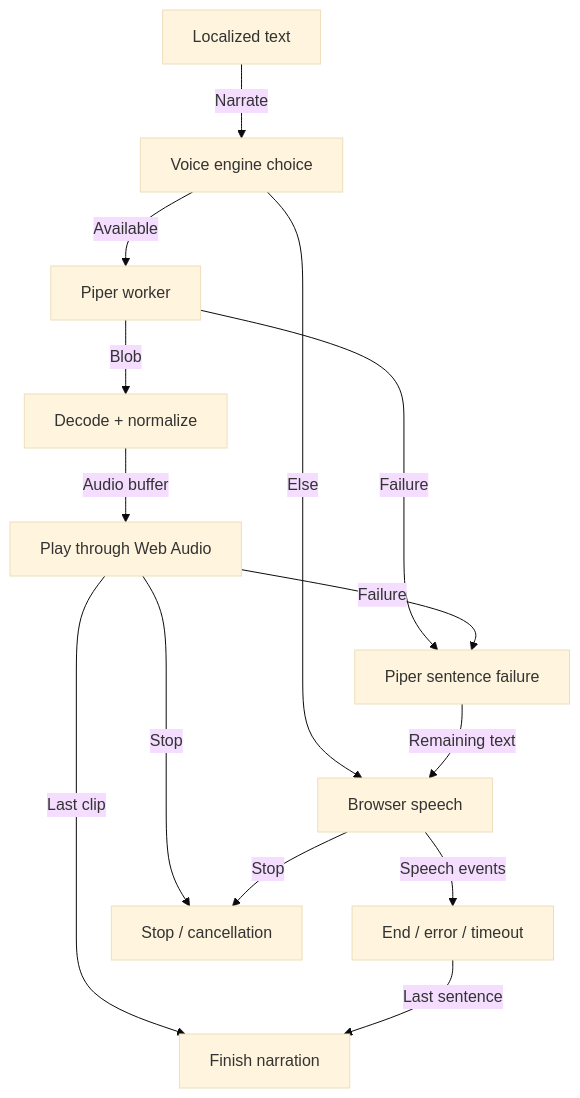
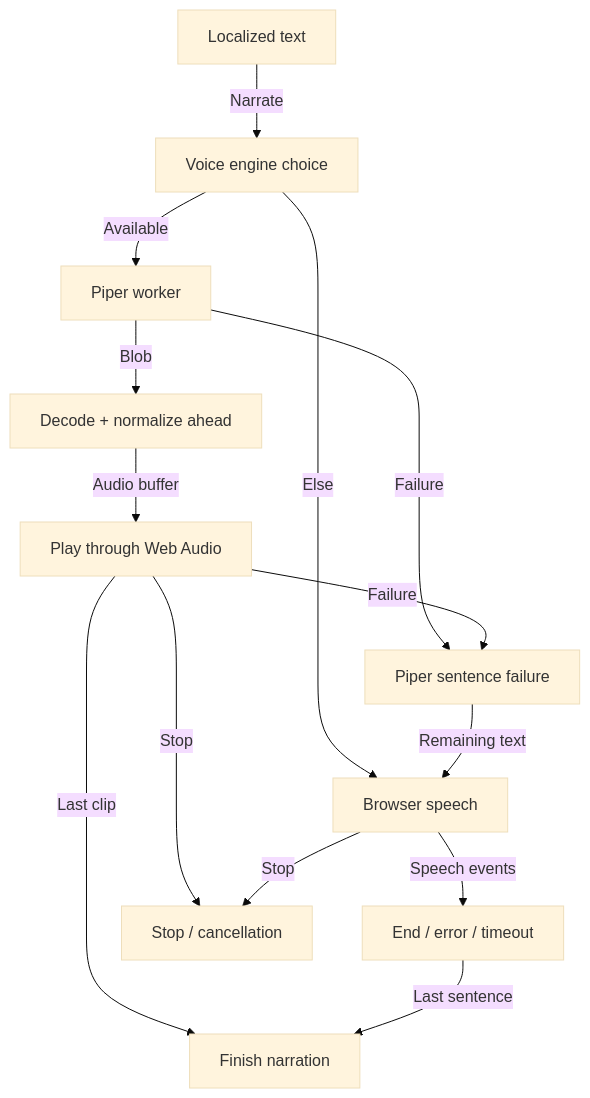
One commit to missionode/lite changed diagram 17 of 24 in docs/app-map/FLOW-REFERENCE.md. Above: the diagram before and after it, drawn with Mermaid (base theme). The commit also changed other lines of this file and 34 other files, not shown here.

````diff
--- a/docs/app-map/FLOW-REFERENCE.md
+++ b/docs/app-map/FLOW-REFERENCE.md
@@ -789,26 +789,26 @@
 ```mermaid
 flowchart TD
   text["Localized text"]
   route["Voice engine choice"]
   piper["Piper worker"]
   browser["Browser speech"]
-  decode["Decode + normalize"]
+  decode["Decode + normalize ahead"]
   play["Play through Web Audio"]
   fallback["Piper sentence failure"]
   browserend["End / error / timeout"]
   handoff["Finish narration"]
   cancel["Stop / cancellation"]
   text -->|"Narrate"| route
   route -->|"Available"| piper
   route -->|"Else"| browser
   piper -->|"Blob"| decode
   decode -->|"Audio buffer"| play
   piper -->|"Failure"| fallback
   play -->|"Failure"| fallback
   fallback -->|"Remaining text"| browser
   browser -->|"Speech events"| browserend
   play -->|"Last clip"| handoff
   browserend -->|"Last sentence"| handoff
   play -->|"Stop"| cancel
   browser -->|"Stop"| cancel
 ```
````
